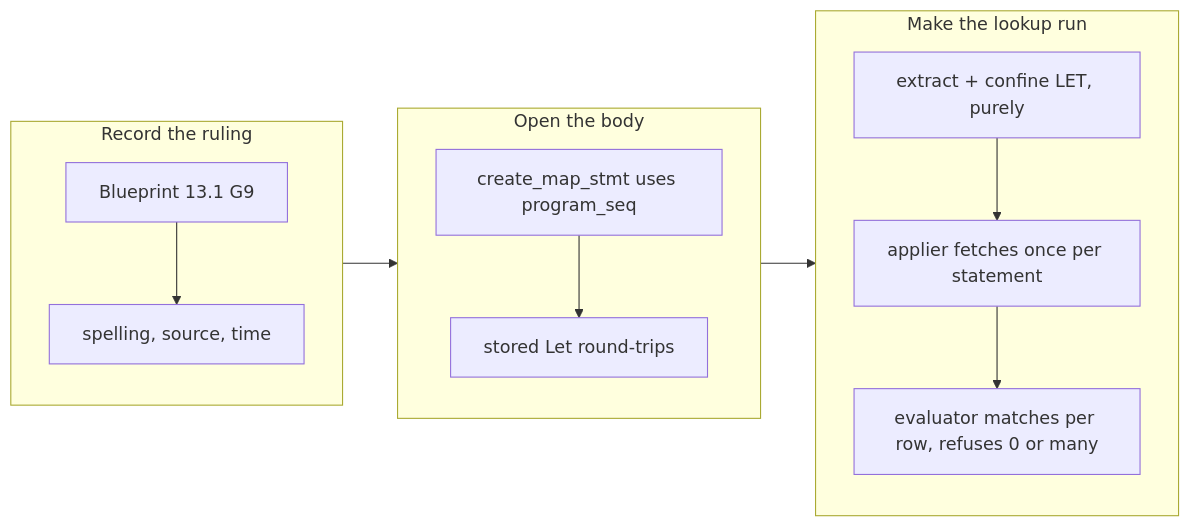
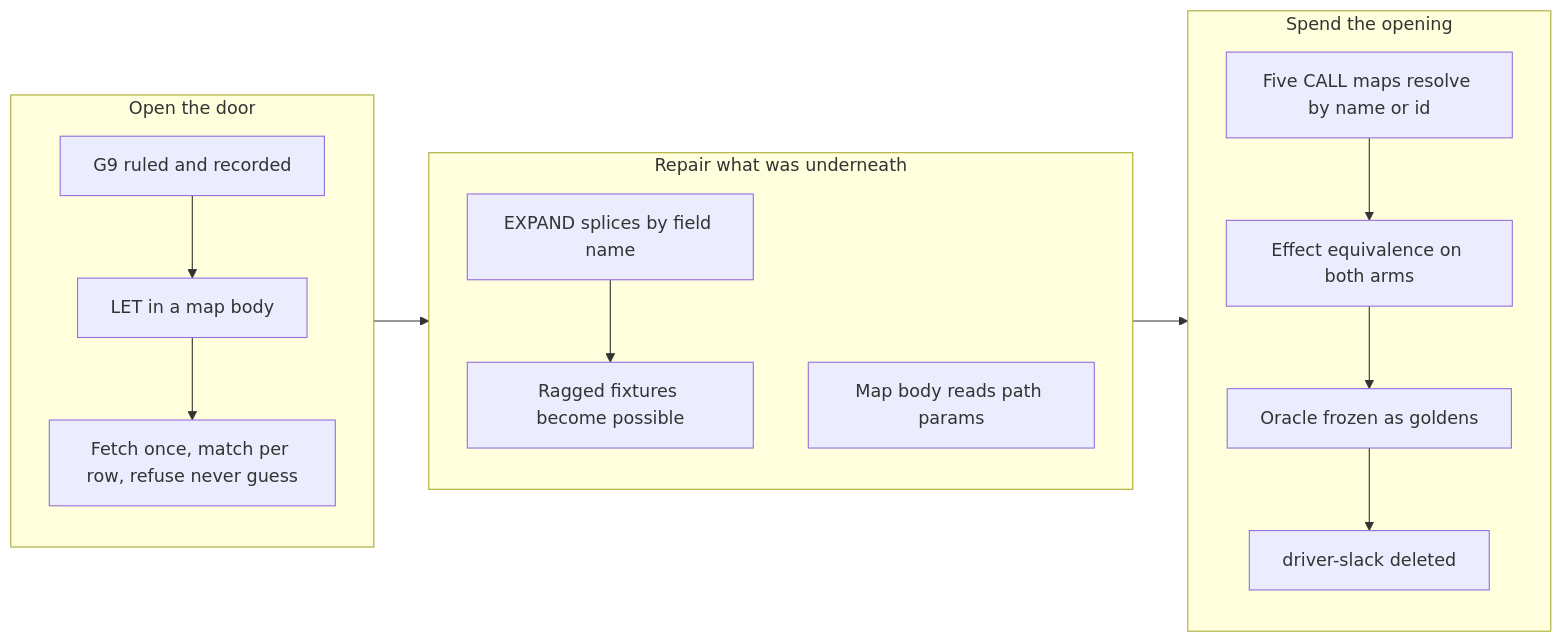
The diagram in .workaholic/stories/work-20260803-213737.md (qmu/qfs), drawn with Mermaid before and after one commit. The commit also changed other lines of this file, not shown here.

````diff
--- a/.workaholic/stories/work-20260803-213737.md
+++ b/.workaholic/stories/work-20260803-213737.md
@@ -44,20 +51,23 @@
 ```mermaid
 flowchart LR
-  subgraph Rule[Record the ruling]
+  subgraph Open[Open the door]
     direction TB
-    a1[Blueprint 13.1 G9] --> a2[spelling, source, time]
+    a1[G9 ruled and recorded] --> a2[LET in a map body]
+    a2 --> a3[Fetch once, match per row, refuse never guess]
   end
 
-  subgraph Parse[Open the body]
+  subgraph Repair[Repair what was underneath]
     direction TB
-    b1[create_map_stmt uses program_seq] --> b2[stored Let round-trips]
+    b1[EXPAND splices by field name] --> b2[Ragged fixtures become possible]
+    b3[Map body reads path params]
   end
 
-  subgraph Run[Make the lookup run]
+  subgraph Spend[Spend the opening]
     direction TB
-    c1[extract + confine LET, purely] --> c2[applier fetches once per statement]
-    c2 --> c3[evaluator matches per row, refuses 0 or many]
+    c1[Five CALL maps resolve by name or id] --> c2[Effect equivalence on both arms]
+    c2 --> c3[Oracle frozen as goldens]
+    c3 --> c4[driver-slack deleted]
   end
 
-  Rule --> Parse --> Run
+  Open --> Repair --> Spend
 ```
````
